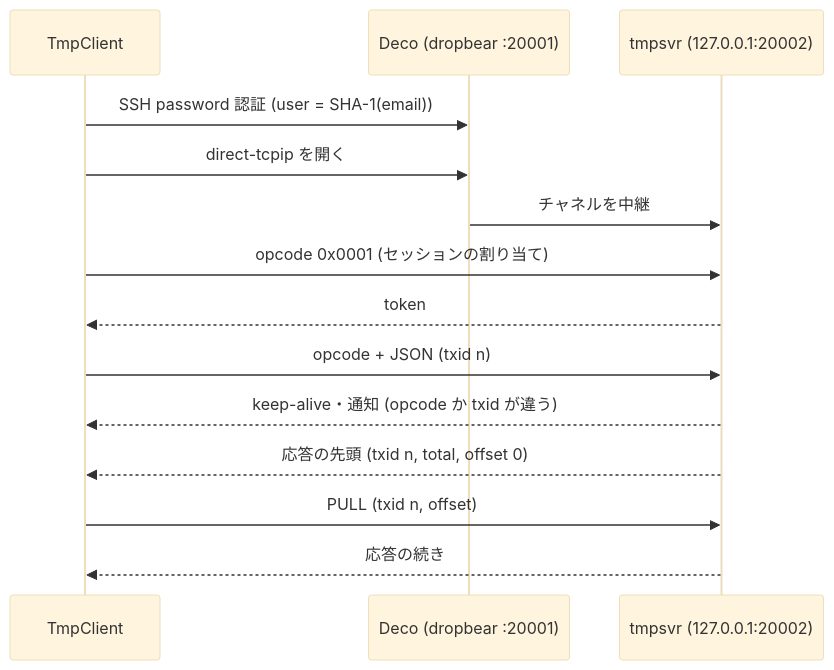
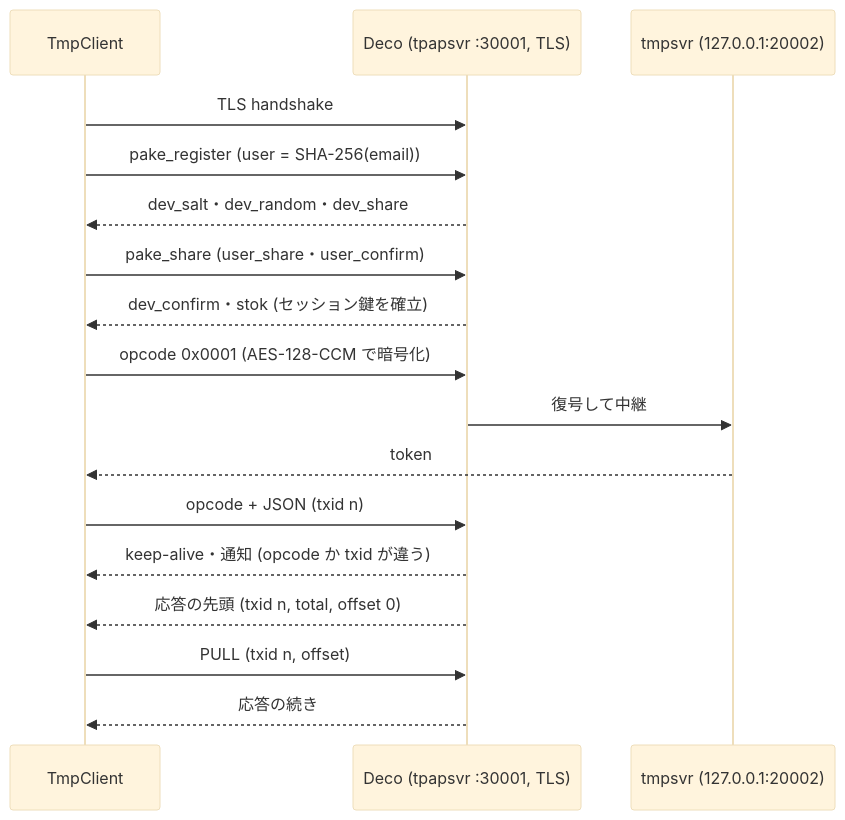
The second of 3 diagrams in README.md (msageha/tplink-deco-be85-api), drawn with Mermaid (base theme) before and after one commit. The commit also changed other lines of this file and 17 other files, not shown here.

````diff
--- a/README.md
+++ b/README.md
@@ -592,16 +596,19 @@
 ```mermaid
 sequenceDiagram
     participant C as TmpClient
-    participant D as Deco (dropbear :20001)
+    participant P as Deco (tpapsvr :30001, TLS)
     participant T as tmpsvr (127.0.0.1:20002)
-    C->>D: SSH password 認証 (user = SHA-1(email))
-    C->>D: direct-tcpip を開く
-    D->>T: チャネルを中継
-    C->>T: opcode 0x0001 (セッションの割り当て)
+    C->>P: TLS handshake
+    C->>P: pake_register (user = SHA-256(email))
+    P-->>C: dev_salt・dev_random・dev_share
+    C->>P: pake_share (user_share・user_confirm)
+    P-->>C: dev_confirm・stok (セッション鍵を確立)
+    C->>P: opcode 0x0001 (AES-128-CCM で暗号化)
+    P->>T: 復号して中継
     T-->>C: token
-    C->>T: opcode + JSON (txid n)
-    T-->>C: keep-alive・通知 (opcode か txid が違う)
-    T-->>C: 応答の先頭 (txid n, total, offset 0)
-    C->>T: PULL (txid n, offset)
-    T-->>C: 応答の続き
+    C->>P: opcode + JSON (txid n)
+    P-->>C: keep-alive・通知 (opcode か txid が違う)
+    P-->>C: 応答の先頭 (txid n, total, offset 0)
+    C->>P: PULL (txid n, offset)
+    P-->>C: 応答の続き
 ```
````
